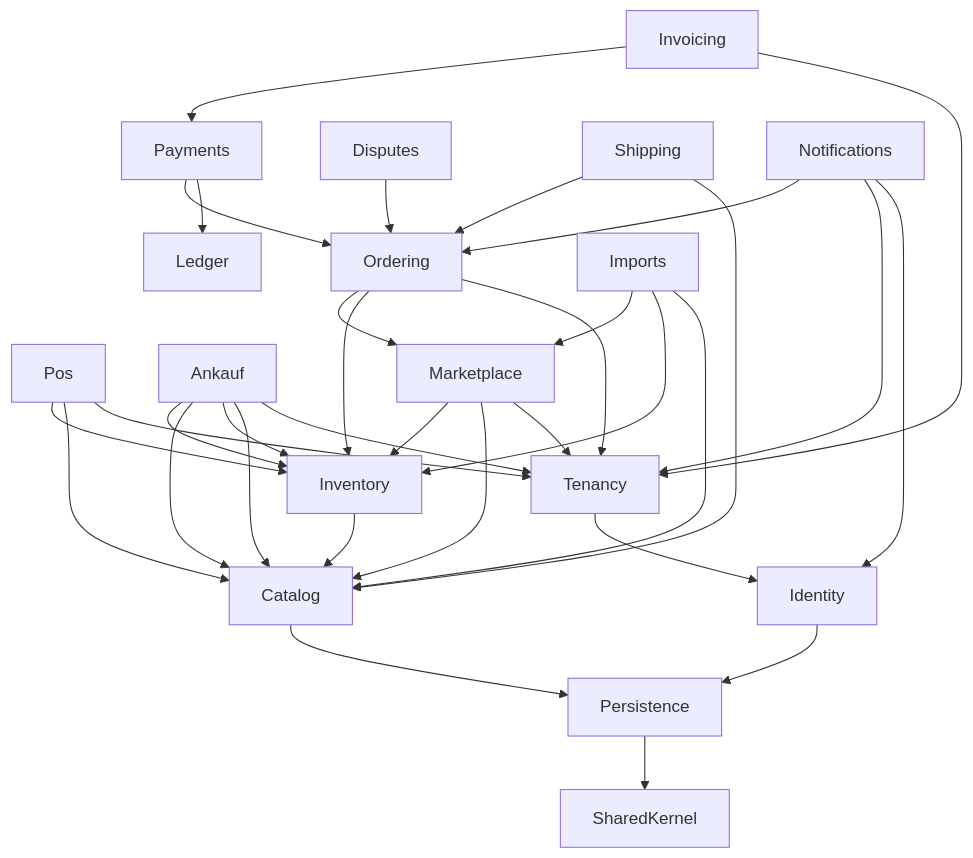
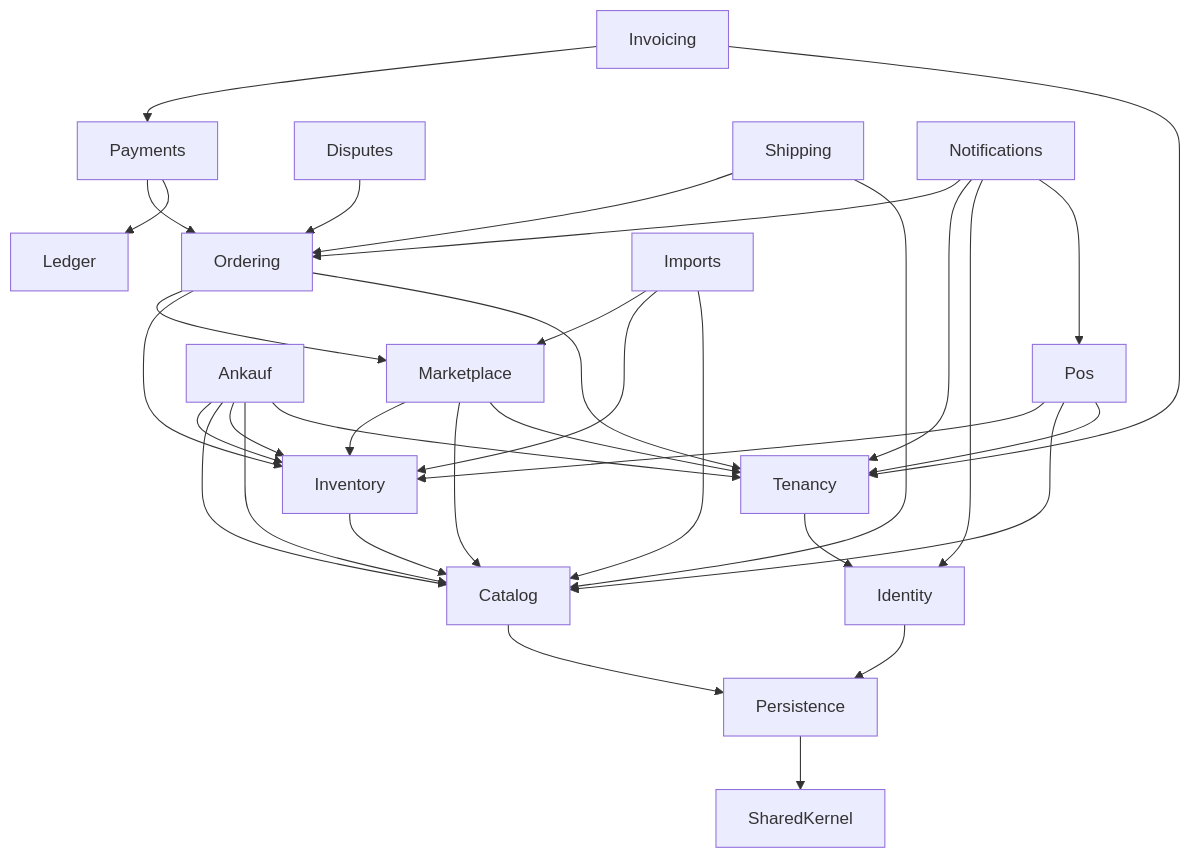
One commit to sedatakyol-49/handyNet changed the second of 2 diagrams in docs/architecture.md. Above: the diagram before and after it, drawn with Mermaid. The commit also changed other lines of this file and 3 other files, not shown here.

Commit message:
Docs: ADR-0008 staff/approvals/e-receipts/invoices/rounding, roadmap Phase 2c, data model, module map

````diff
--- a/docs/architecture.md
+++ b/docs/architecture.md
@@ -24,35 +24,36 @@
 ```mermaid
 flowchart TD
     Invoicing --> Payments
     Invoicing --> Tenancy
     Pos --> Inventory
     Pos --> Catalog
     Pos --> Tenancy
     Ankauf --> Inventory
     Ankauf --> Catalog
     Disputes --> Ordering
     Payments --> Ordering
     Payments --> Ledger
     Shipping --> Ordering
     Shipping --> Catalog
     Notifications --> Ordering
     Notifications --> Tenancy
     Notifications --> Identity
+    Notifications --> Pos
     Ordering --> Marketplace
     Ordering --> Inventory
     Ordering --> Tenancy
     Ankauf --> Inventory
     Ankauf --> Catalog
     Ankauf --> Tenancy
     Imports --> Marketplace
     Imports --> Inventory
     Imports --> Catalog
     Marketplace --> Inventory
     Marketplace --> Catalog
     Marketplace --> Tenancy
     Inventory --> Catalog
     Tenancy --> Identity
     Identity --> Persistence
     Catalog --> Persistence
     Persistence --> SharedKernel
 ```
````
